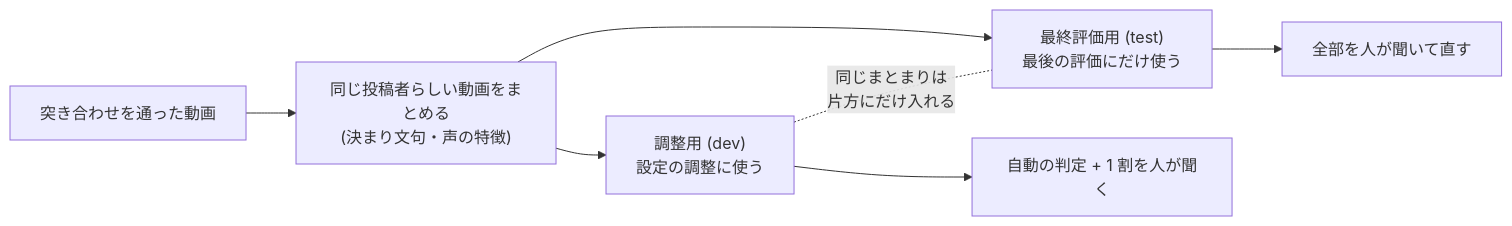
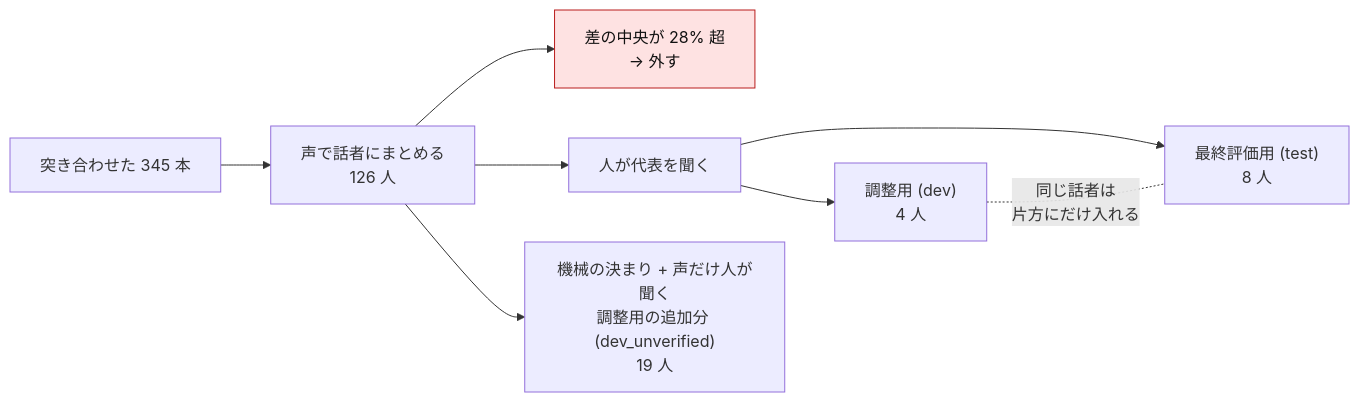
The sixth of 6 diagrams in docs/guides/benchmark/yodas2-longform-dataset.md (Mega-Gorilla/livecap-cli), drawn with Mermaid before and after one commit. The commit also changed other lines of this file and 86 other files, not shown here.

````diff
--- a/docs/guides/benchmark/yodas2-longform-dataset.md
+++ b/docs/guides/benchmark/yodas2-longform-dataset.md
@@ -275,9 +300,11 @@
 ```mermaid
 flowchart LR
-    P["突き合わせを通った動画"] --> M["同じ投稿者らしい動画をまとめる<br/>(決まり文句・声の特徴)"]
-    M --> D["調整用 (dev)<br/>設定の調整に使う"]
-    M --> T["最終評価用 (test)<br/>最後の評価にだけ使う"]
-    D -. "同じまとまりは<br/>片方にだけ入れる" .- T
-    D --> D2["自動の判定 + 1 割を人が聞く"]
-    T --> T2["全部を人が聞いて直す"]
+    P["突き合わせた 345 本"] --> M["声で話者にまとめる<br/>126 人"]
+    M --> R1["差の中央が 28% 超<br/>→ 外す"]
+    M --> R2["人が代表を聞く"]
+    R2 --> T["最終評価用 (test)<br/>8 人"]
+    R2 --> D["調整用 (dev)<br/>4 人"]
+    M --> U["機械の決まり + 声だけ人が聞く<br/>調整用の追加分 (dev_unverified)<br/>19 人"]
+    D -. "同じ話者は<br/>片方にだけ入れる" .- T
+    style R1 fill:#fee2e2,stroke:#b91c1c,color:#111
 ```
````
